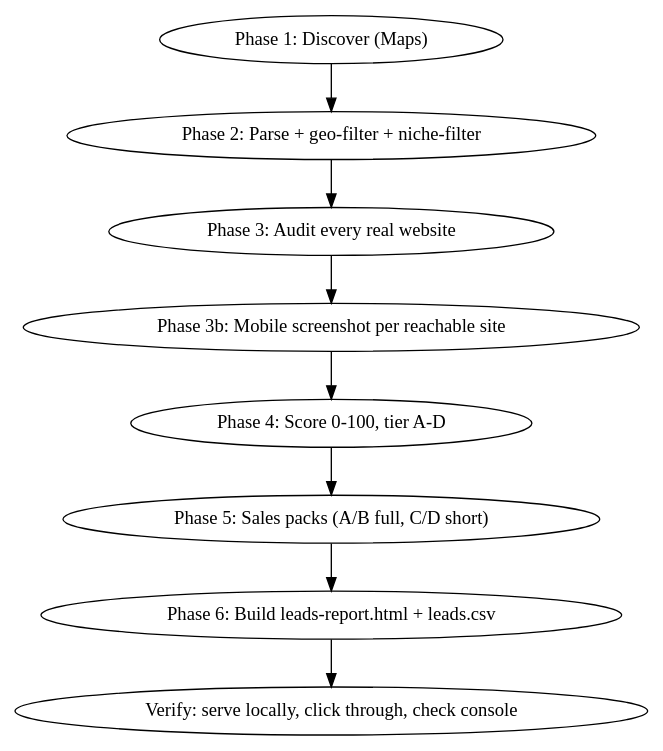
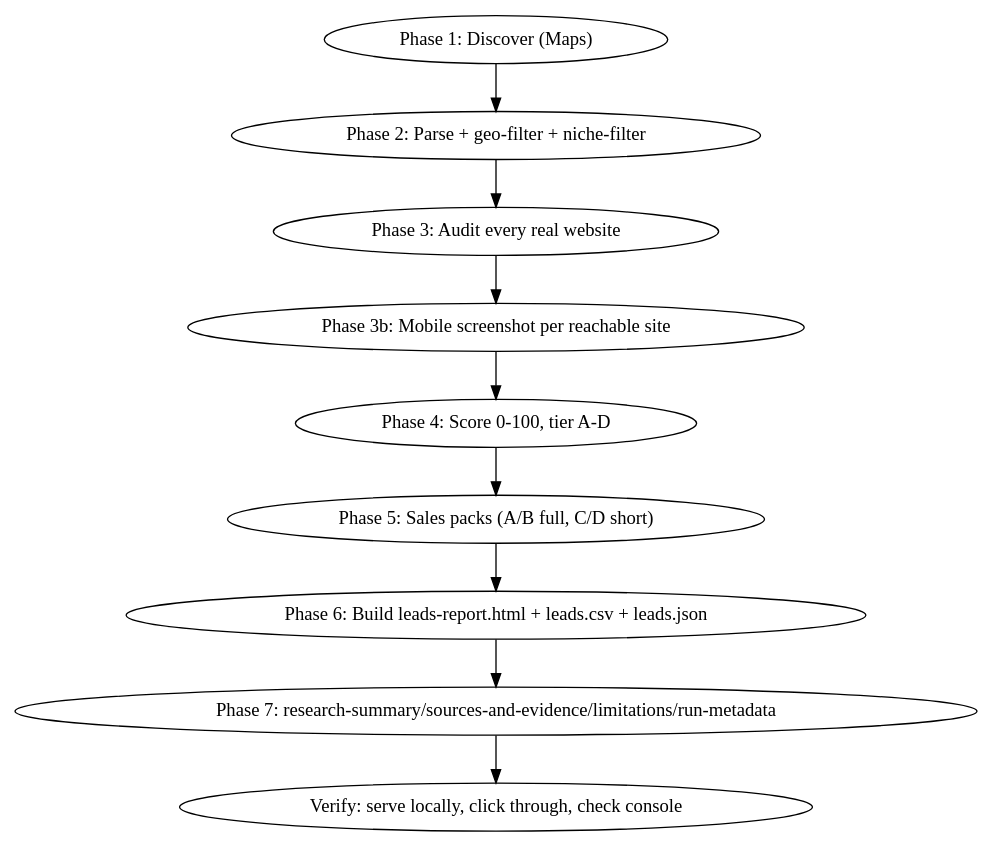
One commit to Yousef-Abdallah-1711/pipeline changed the diagram in SKILL.md. Above: the diagram before and after it, drawn with Graphviz. The commit also changed other lines of this file and 16 other files, not shown here.

````diff
--- a/SKILL.md
+++ b/SKILL.md
@@ -35,14 +41,15 @@
 ```dot
 digraph lead_hunter {
   discover [label="Phase 1: Discover (Maps)"];
   parse [label="Phase 2: Parse + geo-filter + niche-filter"];
   audit [label="Phase 3: Audit every real website"];
   shots [label="Phase 3b: Mobile screenshot per reachable site"];
   score [label="Phase 4: Score 0-100, tier A-D"];
   packs [label="Phase 5: Sales packs (A/B full, C/D short)"];
-  report [label="Phase 6: Build leads-report.html + leads.csv"];
+  report [label="Phase 6: Build leads-report.html + leads.csv + leads.json"];
+  docs [label="Phase 7: research-summary/sources-and-evidence/limitations/run-metadata"];
   verify [label="Verify: serve locally, click through, check console"];
 
-  discover -> parse -> audit -> shots -> score -> packs -> report -> verify;
+  discover -> parse -> audit -> shots -> score -> packs -> report -> docs -> verify;
 }
 ```
````
